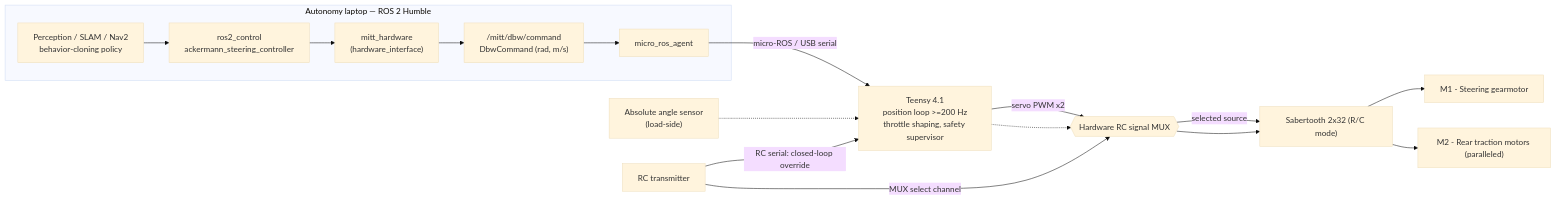
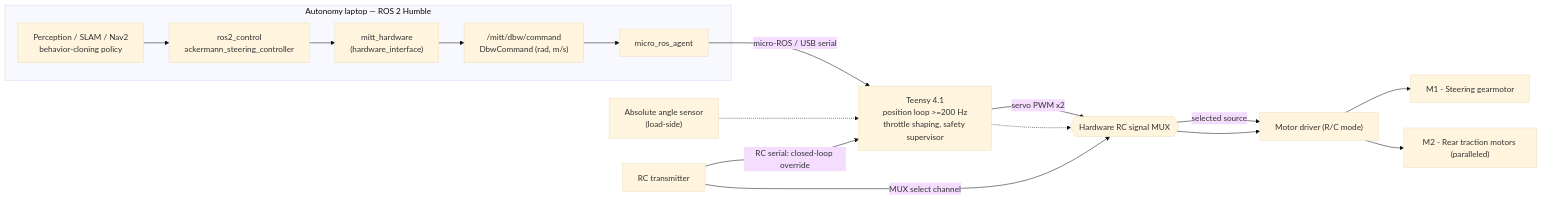
Before and after one commit to jrkwon/mrider: the first of 3 diagrams in docs/design/architecture.md, drawn with Mermaid (base theme). The commit also changed other lines of this file and 4 other files, not shown here.

````diff
--- a/docs/design/architecture.md
+++ b/docs/design/architecture.md
@@ -101,25 +101,25 @@
 ```mermaid
 flowchart LR
     subgraph LAPTOP["Autonomy laptop — ROS 2 Humble"]
         AUT["Perception / SLAM / Nav2<br/>behavior-cloning policy"]
         RC2["ros2_control<br/>ackermann_steering_controller"]
         HW["mitt_hardware<br/>(hardware_interface)"]
         CMD["/mitt/dbw/command<br/>DbwCommand (rad, m/s)"]
         AGENT["micro_ros_agent"]
         AUT --> RC2 --> HW --> CMD --> AGENT
     end
 
     AGENT -- "micro-ROS / USB serial" --> TEENSY["Teensy 4.1<br/>position loop >=200 Hz<br/>throttle shaping, safety supervisor"]
 
     TEENSY -- "servo PWM x2" --> SMUX
-    SMUX -- "selected source" --> SABER["Sabertooth 2x32 (R/C mode)"]
+    SMUX -- "selected source" --> SABER["Motor driver (R/C mode)"]
     SABER --> STEERM["M1 - Steering gearmotor"]
     SABER --> DRIVEM["M2 - Rear traction motors (paralleled)"]
 
     ANG["Absolute angle sensor<br/>(load-side)"] -.-> TEENSY
 
     RC["RC transmitter"] -- "RC serial: closed-loop override" --> TEENSY
     RC -- "MUX select channel" --> SMUX{{"Hardware RC signal MUX"}}
     TEENSY -.-> SMUX
     SMUX --> SABER
 ```
````
